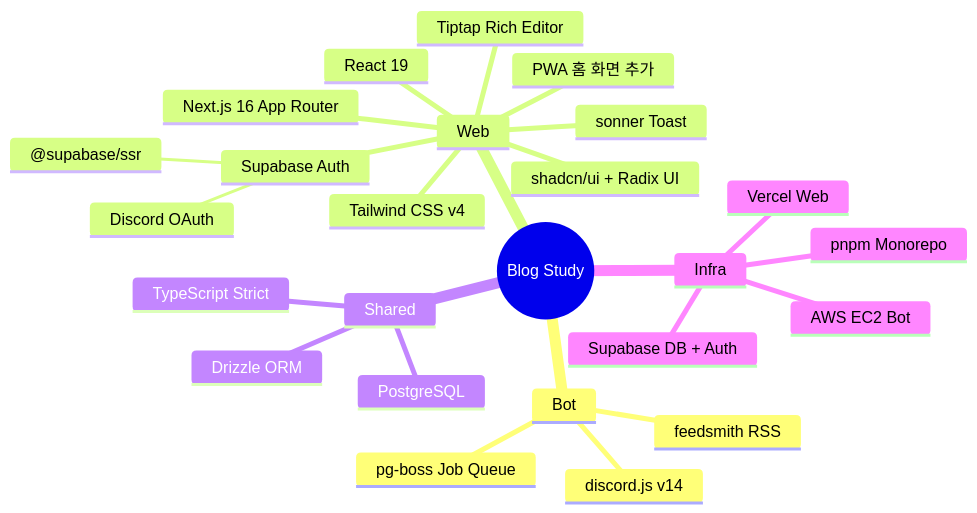
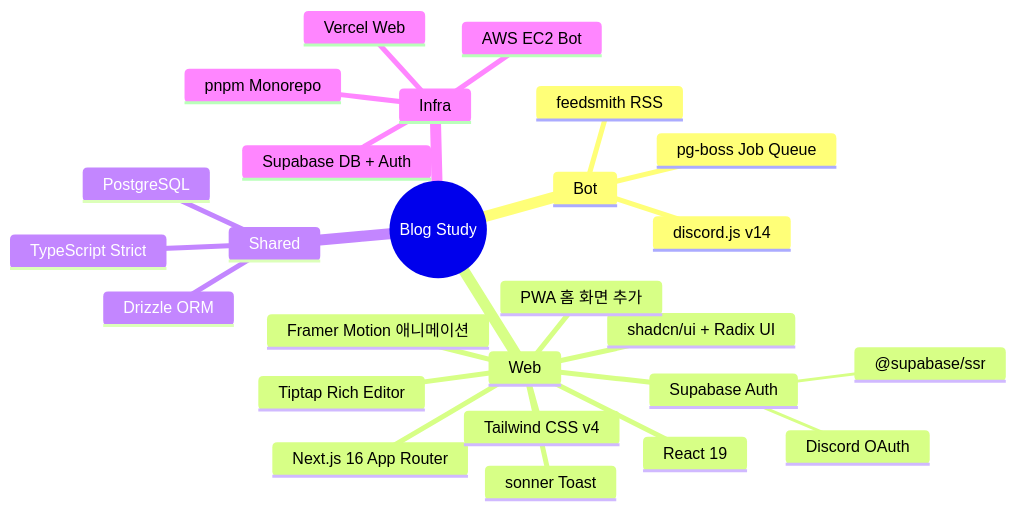
One commit to bbbang105/study-admin changed the second of 9 diagrams in docs/ARCHITECTURE.md. Above: the diagram before and after it, drawn with Mermaid. The commit also changed other lines of this file and 17 other files, not shown here.

````diff
--- a/docs/ARCHITECTURE.md
+++ b/docs/ARCHITECTURE.md
@@ -71,28 +71,29 @@
 ```mermaid
 mindmap
   root((Blog Study))
     Bot
       discord.js v14
       pg-boss Job Queue
       feedsmith RSS
     Web
       Next.js 16 App Router
       React 19
       Tailwind CSS v4
       shadcn/ui + Radix UI
       Tiptap Rich Editor
       sonner Toast
+      Framer Motion 애니메이션
       PWA 홈 화면 추가
       Supabase Auth
         Discord OAuth
         @supabase/ssr
     Shared
       Drizzle ORM
       PostgreSQL
       TypeScript Strict
     Infra
       Supabase DB + Auth
       Vercel Web
       AWS EC2 Bot
       pnpm Monorepo
 ```
````
